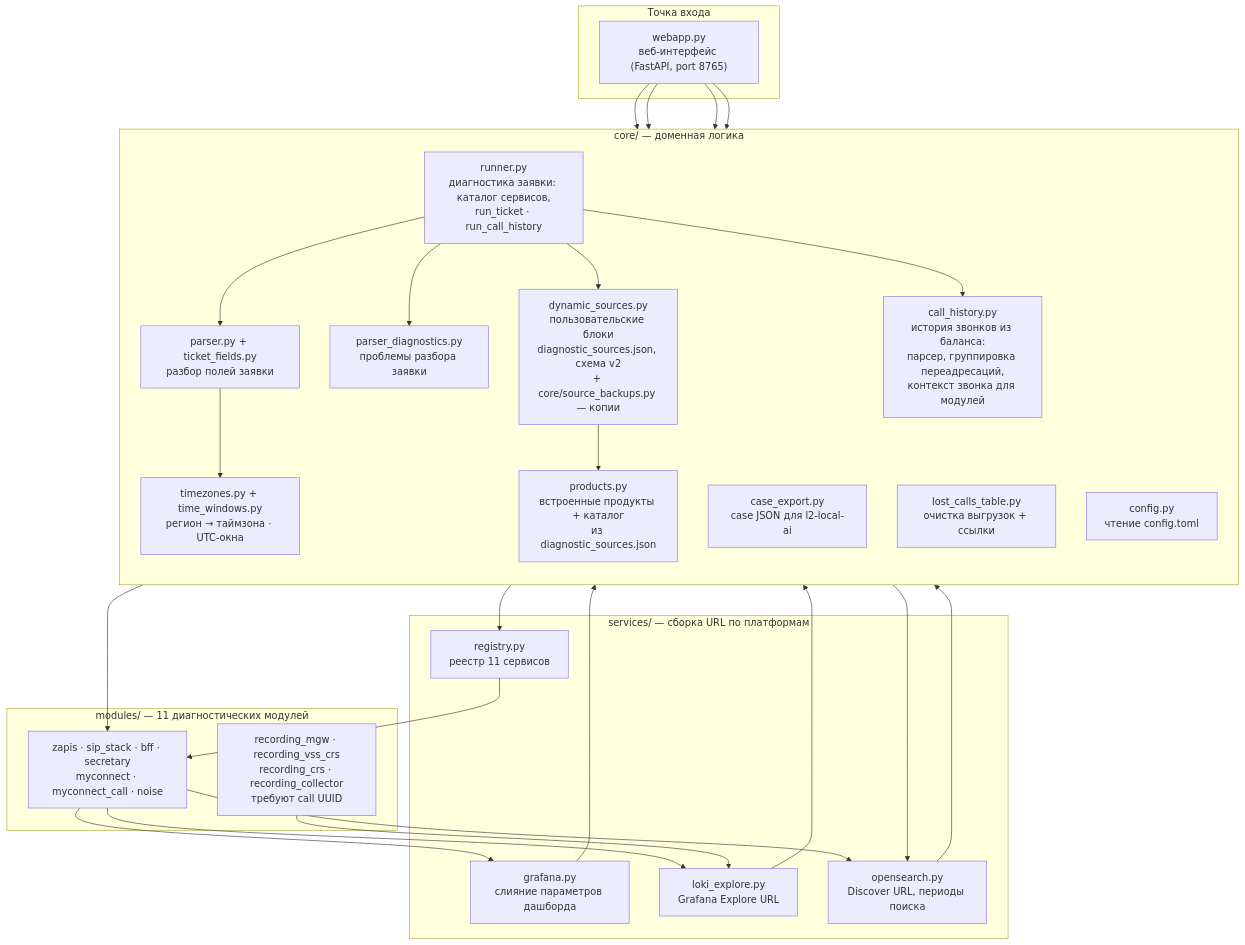
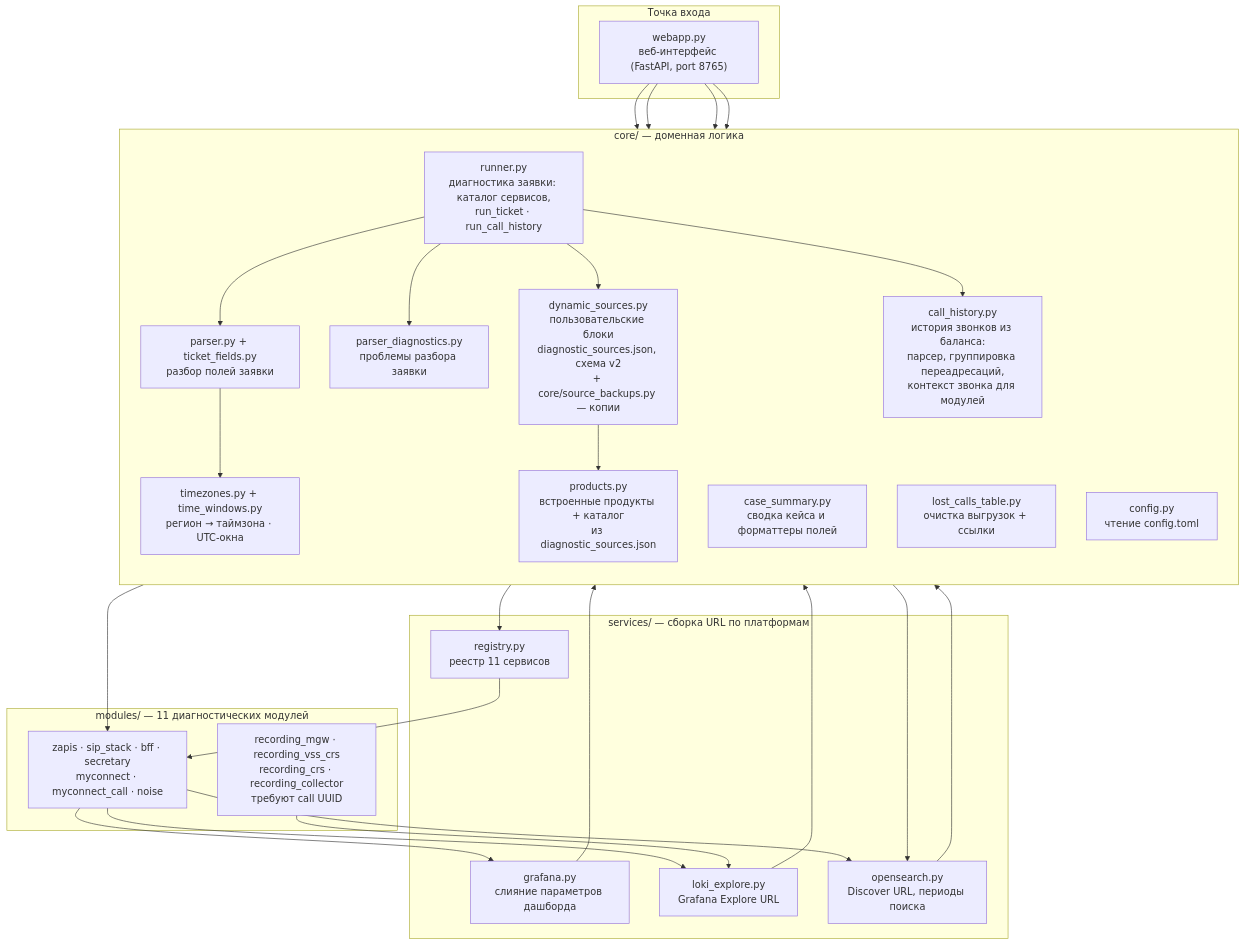
The second of 12 diagrams in docs/ARCHITECTURE.md (shifter1710/l2tool), drawn with Mermaid before and after one commit. The commit also changed other lines of this file and 9 other files, not shown here.

Commit message:
feat: remove ZIP case export and keep case summary

````diff
--- a/docs/ARCHITECTURE.md
+++ b/docs/ARCHITECTURE.md
@@ -50,54 +50,54 @@
 ```mermaid
 flowchart TB
     subgraph entries["Точка входа"]
         webapp["webapp.py<br/>веб-интерфейс (FastAPI, port 8765)"]
     end
 
     subgraph core["core/ — доменная логика"]
         direction TB
         runner["runner.py<br/>диагностика заявки: каталог сервисов,<br/>run_ticket · run_call_history"]
         parser["parser.py + ticket_fields.py<br/>разбор полей заявки"]
         timetz["timezones.py + time_windows.py<br/>регион → таймзона · UTC-окна"]
         products["products.py<br/>встроенные продукты + каталог<br/>из diagnostic_sources.json"]
         dynamic["dynamic_sources.py<br/>пользовательские блоки<br/>diagnostic_sources.json, схема v2<br/>+ core/source_backups.py — копии"]
-        caseexp["case_export.py<br/>case JSON для l2-local-ai"]
+        caseexp["case_summary.py<br/>сводка кейса и форматтеры полей"]
         pdiag["parser_diagnostics.py<br/>проблемы разбора заявки"]
         lostcore["lost_calls_table.py<br/>очистка выгрузок + ссылки"]
         callhist["call_history.py<br/>история звонков из баланса:<br/>парсер, группировка переадресаций,<br/>контекст звонка для модулей"]
         config["config.py<br/>чтение config.toml"]
     end
 
     subgraph services["services/ — сборка URL по платформам"]
         registry["registry.py<br/>реестр 11 сервисов"]
         grafanaurl["grafana.py<br/>слияние параметров дашборда"]
         lokiurl["loki_explore.py<br/>Grafana Explore URL"]
         osurl["opensearch.py<br/>Discover URL, периоды поиска"]
     end
 
     subgraph modules["modules/ — 11 диагностических модулей"]
         primary["zapis · sip_stack · bff · secretary<br/>myconnect · myconnect_call · noise"]
         recording["recording_mgw · recording_vss_crs<br/>recording_crs · recording_collector<br/>требуют call UUID"]
     end
 
     webapp --> runner
     webapp --> dynamic
     webapp --> lostcore
     webapp --> caseexp
     runner --> parser
     runner --> pdiag
     runner --> dynamic
     runner --> registry
     runner --> callhist
     parser --> timetz
     dynamic --> products
     dynamic --> osurl
     registry --> primary
     primary --> grafanaurl
     primary --> lokiurl
     primary --> osurl
     recording --> lokiurl
     lokiurl --> config
     osurl --> config
     grafanaurl --> config
     lostcore --> primary
 ```
````
